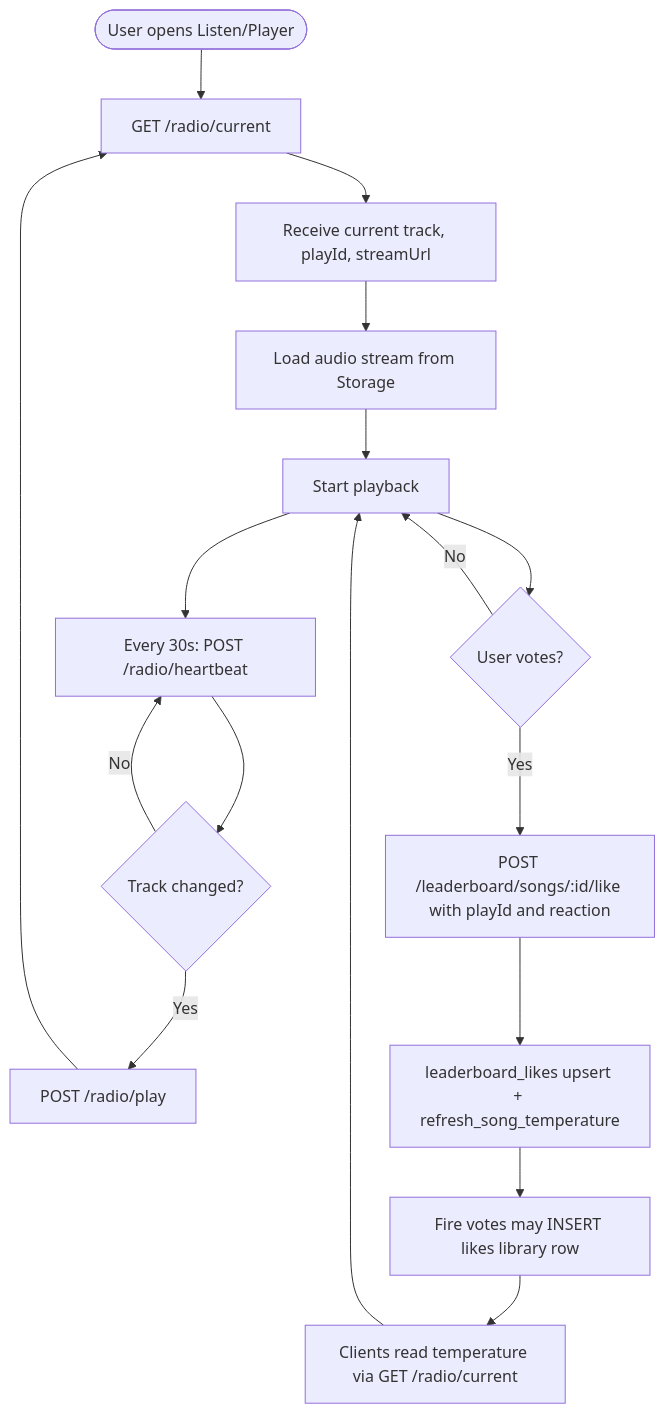
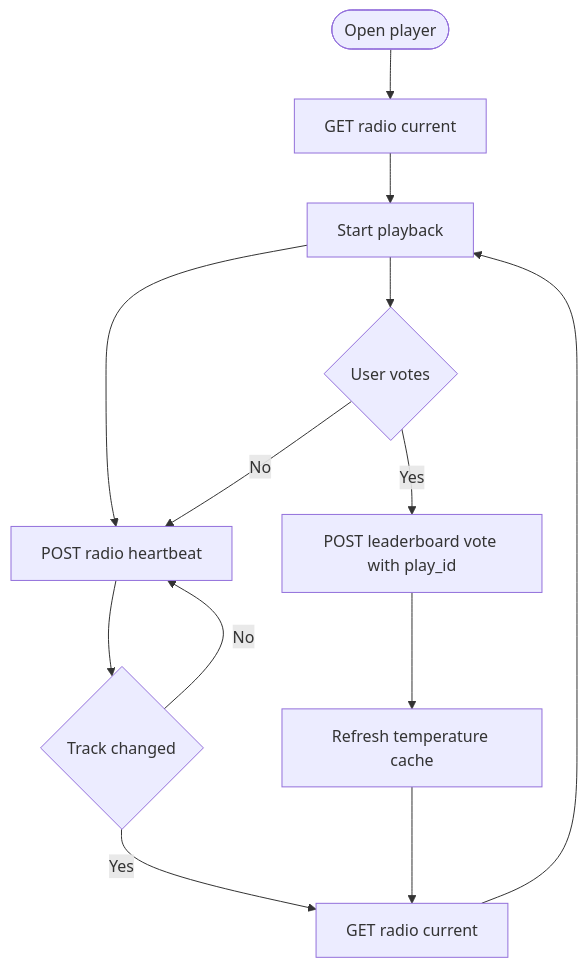
Before and after one commit to Tmaku18/RADIOapp: the eighth of 13 diagrams in docs/UML/uml-diagrams.md, drawn with Mermaid. The commit also changed other lines of this file and 3 other files, not shown here.

First line of the commit message:
Docs: refresh README and UML to current platform state.

````diff
--- a/docs/UML/uml-diagrams.md
+++ b/docs/UML/uml-diagrams.md
@@ -351,21 +128,15 @@
 ```mermaid
 flowchart TD
-    Start([User opens Listen/Player]) --> GetCurrent[GET /radio/current]
-    GetCurrent --> ReceiveState[Receive current track, playId, streamUrl]
-    ReceiveState --> LoadStream[Load audio stream from Storage]
-    LoadStream --> StartPlayback[Start playback]
-
-    StartPlayback --> HeartbeatLoop[Every 30s: POST /radio/heartbeat]
-    HeartbeatLoop --> TrackChange{Track changed?}
-    TrackChange -->|Yes| ReportPlay[POST /radio/play]
-    ReportPlay --> GetCurrent
-    TrackChange -->|No| HeartbeatLoop
-
-    StartPlayback --> UserVote{User votes?}
-    UserVote -->|Yes| PostLike[POST /leaderboard/songs/:id/like with playId and reaction]
-    PostLike --> DbVote[leaderboard_likes upsert + refresh_song_temperature]
-    DbVote --> MaybeLib[Fire votes may INSERT likes library row]
-    MaybeLib --> PollTemp[Clients read temperature via GET /radio/current]
-    PollTemp --> StartPlayback
-    UserVote -->|No| StartPlayback
+  PlayerStart([Open player]) --> GetCurrentTrack[GET radio current]
+  GetCurrentTrack --> PlayAudio[Start playback]
+  PlayAudio --> SendHeartbeat[POST radio heartbeat]
+  SendHeartbeat --> TrackChanged{Track changed}
+  TrackChanged -->|No| SendHeartbeat
+  TrackChanged -->|Yes| RefreshCurrent[GET radio current]
+  RefreshCurrent --> PlayAudio
+  PlayAudio --> VoteDecision{User votes}
+  VoteDecision -->|Yes| PostVote[POST leaderboard vote with play_id]
+  PostVote --> TempRefresh[Refresh temperature cache]
+  TempRefresh --> RefreshCurrent
+  VoteDecision -->|No| SendHeartbeat
 ```
````
